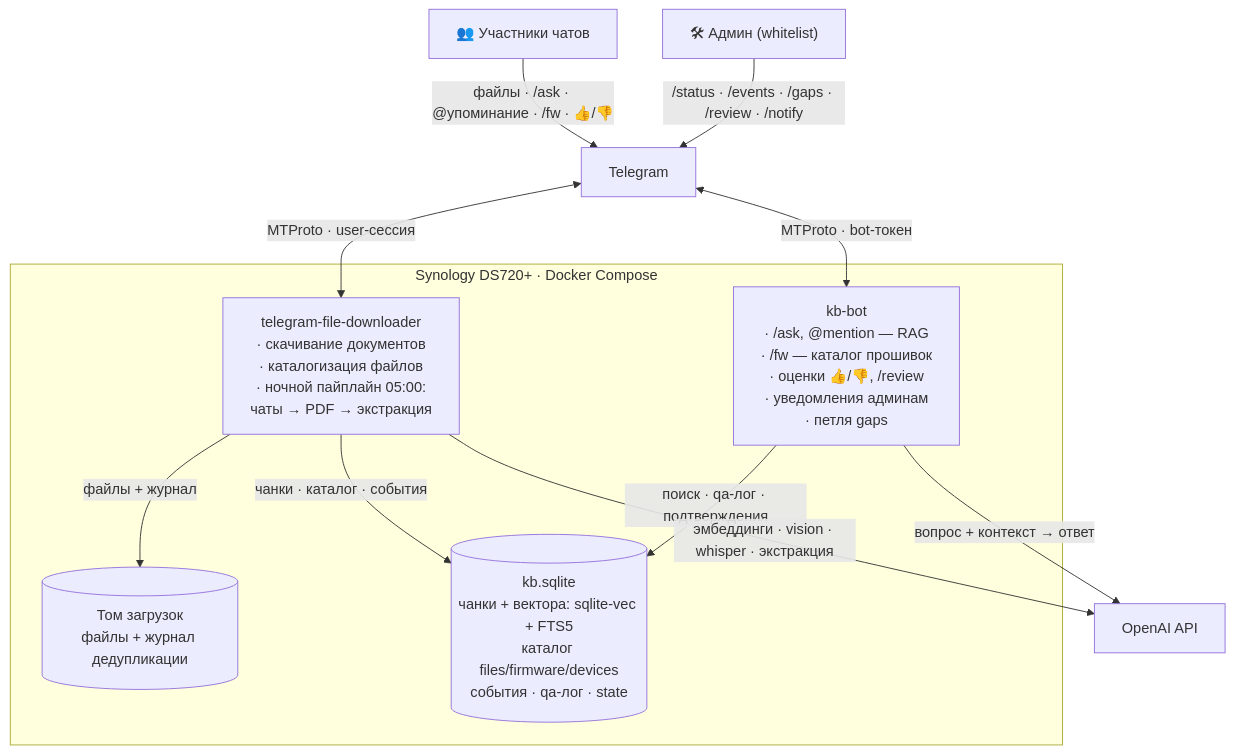
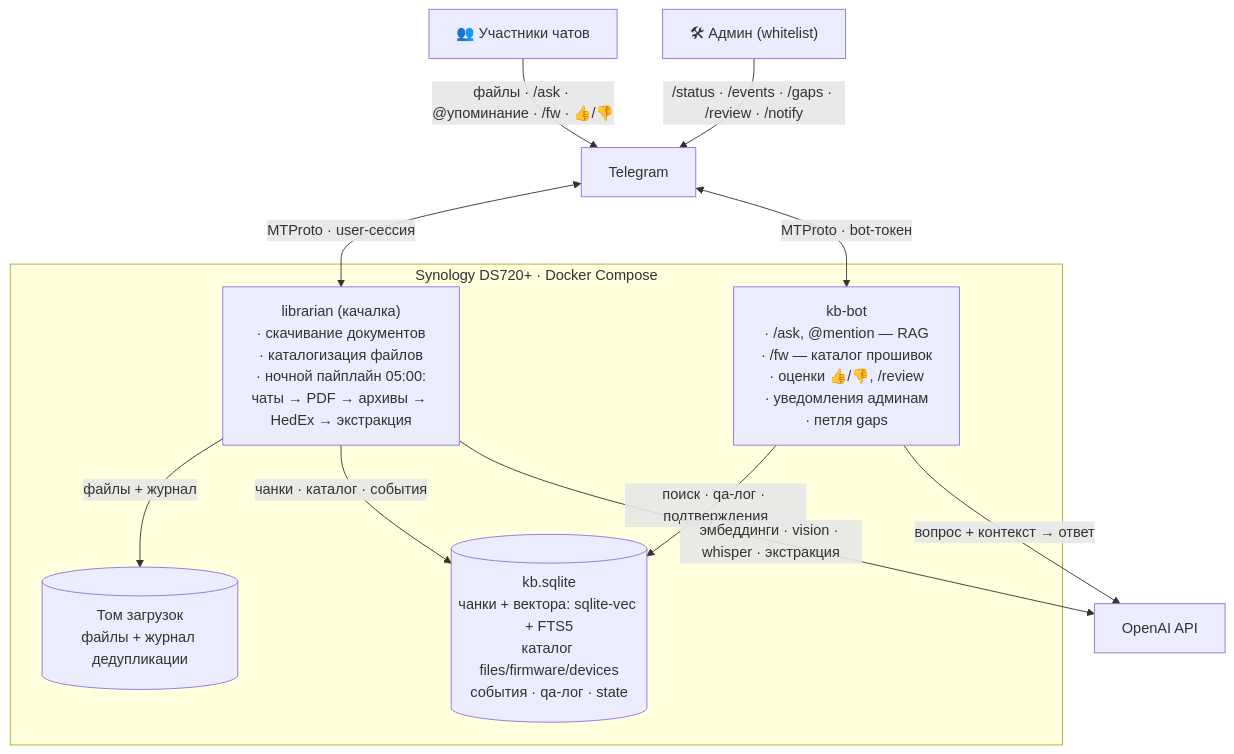
The diagram in README.md (nimbo78/firmware-librarian), drawn with Mermaid before and after one commit. The commit also changed other lines of this file and 6 other files, not shown here.

````diff
--- a/README.md
+++ b/README.md
@@ -14,26 +17,26 @@
 ```mermaid
 flowchart TB
     member["👥 Участники чатов"]
     admin["🛠 Админ (whitelist)"]
     tg["Telegram"]
     oai["OpenAI API"]
 
     member -->|"файлы · /ask · @упоминание · /fw · 👍/👎"| tg
     admin -->|"/status · /events · /gaps · /review · /notify"| tg
 
     subgraph nas["Synology DS720+ · Docker Compose"]
-        dl["telegram-file-downloader<br/>· скачивание документов<br/>· каталогизация файлов<br/>· ночной пайплайн 05:00:<br/>чаты → PDF → экстракция"]
+        dl["librarian (качалка)<br/>· скачивание документов<br/>· каталогизация файлов<br/>· ночной пайплайн 05:00:<br/>чаты → PDF → архивы → HedEx → экстракция"]
         bot["kb-bot<br/>· /ask, @mention — RAG<br/>· /fw — каталог прошивок<br/>· оценки 👍/👎, /review<br/>· уведомления админам<br/>· петля gaps"]
         db[("kb.sqlite<br/>чанки + вектора: sqlite-vec + FTS5<br/>каталог files/firmware/devices<br/>события · qa-лог · state")]
         vol[("Том загрузок<br/>файлы + журнал дедупликации")]
     end
 
     tg <-->|"MTProto · user-сессия"| dl
     tg <-->|"MTProto · bot-токен"| bot
 
     dl -->|"файлы + журнал"| vol
     dl -->|"чанки · каталог · события"| db
     bot -->|"поиск · qa-лог · подтверждения"| db
     dl -->|"эмбеддинги · vision · whisper · экстракция"| oai
     bot -->|"вопрос + контекст → ответ"| oai
 ```
````
